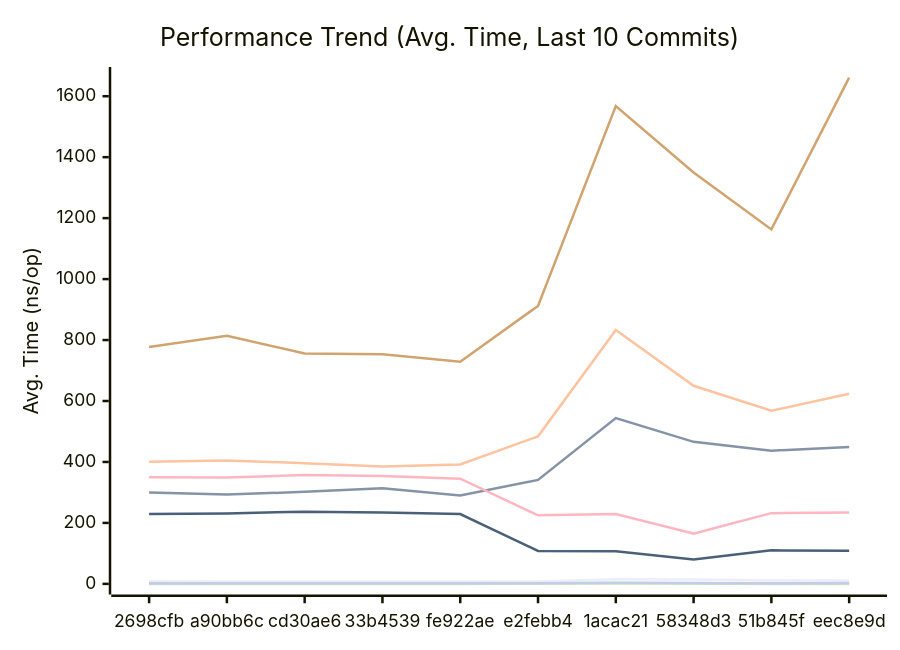
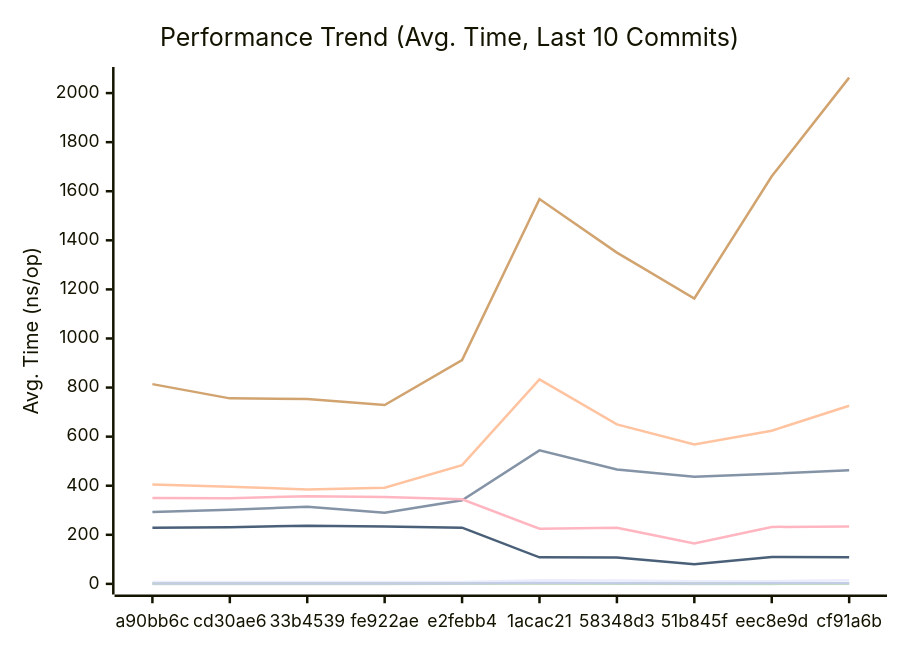
The first of 3 diagrams in docs/PERFORMANCE.md (alsotoes/momo), drawn with Mermaid before and after one commit. The commit also changed other lines of this file and 2 other files, not shown here.

First line of the commit message:
fix: add tls_insecure=true to e2e QUIC test config (#152)

````diff
--- a/docs/PERFORMANCE.md
+++ b/docs/PERFORMANCE.md
@@ -82,16 +80,16 @@
 ```mermaid
 xychart-beta
     title "Performance Trend (Avg. Time, Last 10 Commits)"
     x-axis "Commit"
     y-axis "Avg. Time (ns/op)"
-    x-axis [2698cfb,a90bb6c,cd30ae6,33b4539,fe922ae,e2febb4,1acac21,58348d3,51b845f,eec8e9d]
-    line "CheckMetricsAndSwap" [9,8,8,8,8,8,15,14,11,11]
-    line "CrushOptimized" [300,293,302,314,290,341,544,466,437,449]
-    line "CrushOriginal" [401,405,396,385,392,484,833,650,568,624]
-    line "IndexDirectTracking" [0,0,0,0,0,1,1,1,0,0]
-    line "IndexSearch" [2,2,2,2,2,2,3,2,2,2]
-    line "LoadGlobalConfig" [777,814,756,753,729,912,1568,1350,1163,1661]
-    line "PadString" [2,2,2,2,2,2,4,3,2,3]
+    x-axis [a90bb6c,cd30ae6,33b4539,fe922ae,e2febb4,1acac21,58348d3,51b845f,eec8e9d,cf91a6b]
+    line "CheckMetricsAndSwap" [8,8,8,8,8,15,14,11,11,15]
+    line "CrushOptimized" [293,302,314,290,341,544,466,437,449,463]
+    line "CrushOriginal" [405,396,385,392,484,833,650,568,624,726]
+    line "IndexDirectTracking" [0,0,0,0,1,1,1,0,0,1]
+    line "IndexSearch" [2,2,2,2,2,3,2,2,2,2]
+    line "LoadGlobalConfig" [814,756,753,729,912,1568,1350,1163,1661,2063]
+    line "PadString" [2,2,2,2,2,4,3,2,3,3]
     line "ParseReplicationOrder_NoPrealloc" [350,349,357,354,345,225,229,165,232,234]
     line "ParseReplicationOrder_Prealloc" [229,231,237,234,229,108,107,80,110,109]
 ```
````
